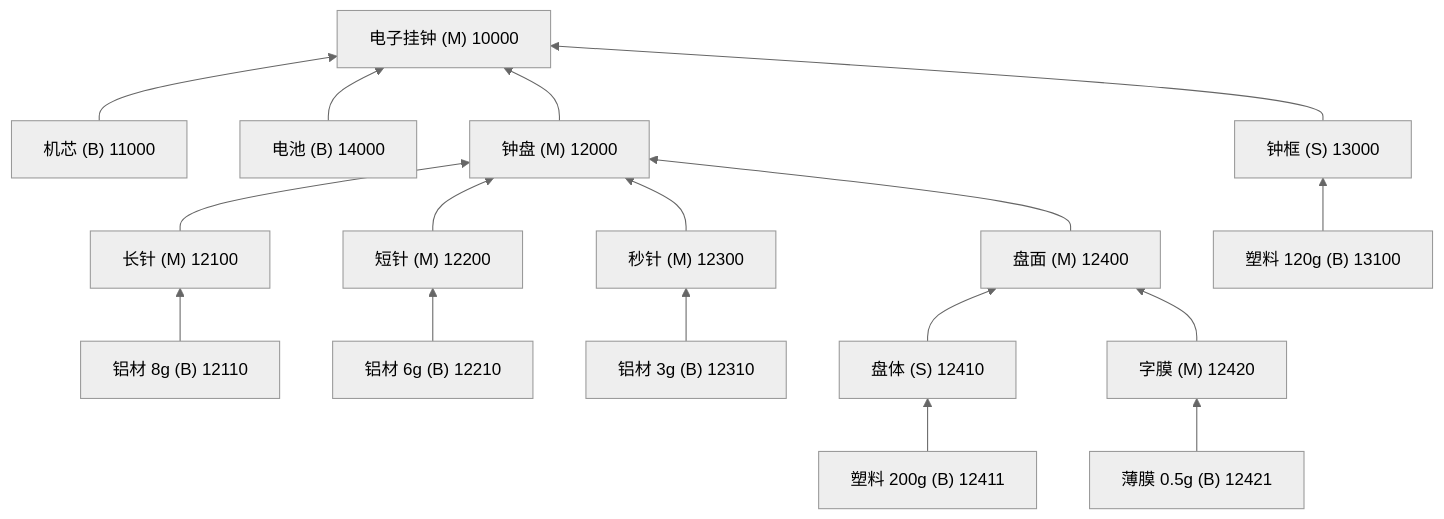
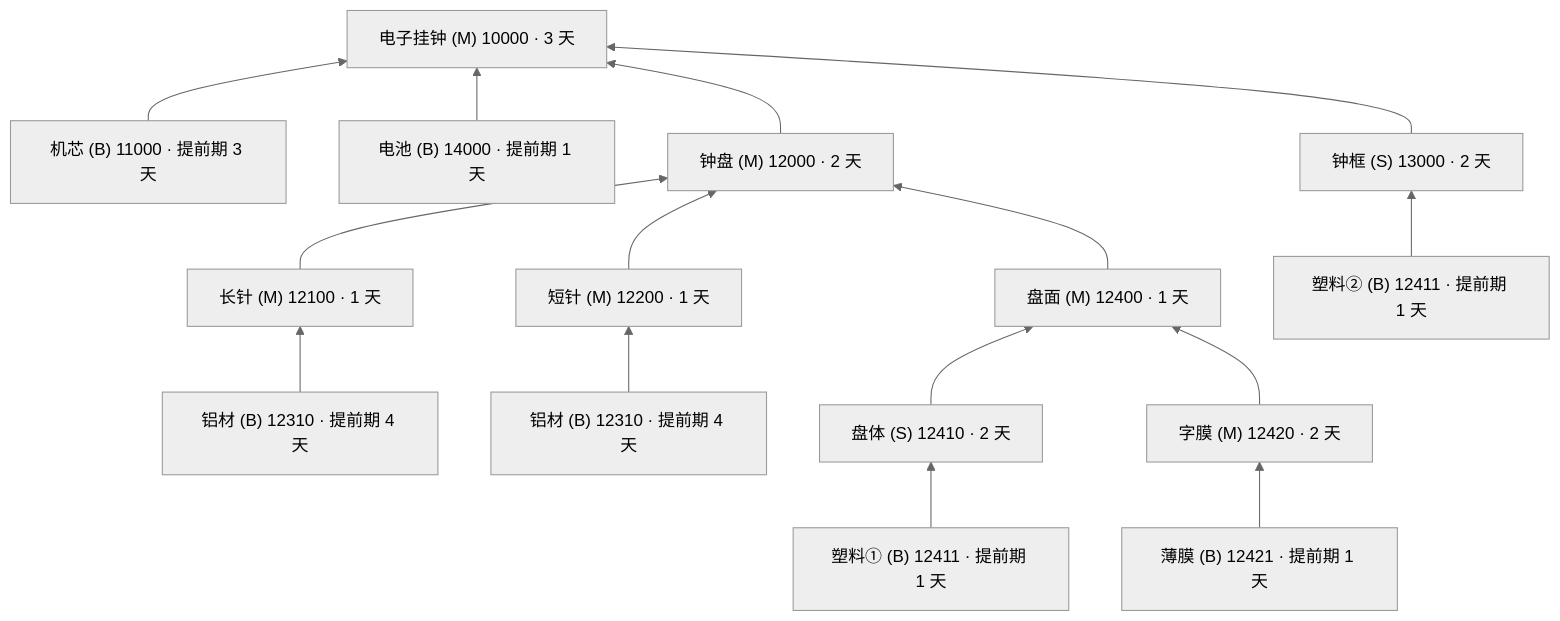
One commit to llxsm/ERP-system-simulator changed the diagram in README.md. Above: the diagram before and after it, drawn with Mermaid (neutral theme). The commit also changed other lines of this file, not shown here.

````diff
--- a/README.md
+++ b/README.md
@@ -99,19 +100,17 @@
 ```mermaid
 graph BT
-    A12110["铝材 8g (B) 12110"] --> A12100["长针 (M) 12100"]
-    A12210["铝材 6g (B) 12210"] --> A12200["短针 (M) 12200"]
-    A12310["铝材 3g (B) 12310"] --> A12300["秒针 (M) 12300"]
-    A12411["塑料 200g (B) 12411"] --> A12410["盘体 (S) 12410"]
-    A12421["薄膜 0.5g (B) 12421"] --> A12420["字膜 (M) 12420"]
-    A12410 --> A12400["盘面 (M) 12400"]
+    A12310["铝材 (B) 12310 · 提前期 4 天"] --> A12100["长针 (M) 12100 · 1 天"]
+    A12310b["铝材 (B) 12310 · 提前期 4 天"] --> A12200["短针 (M) 12200 · 1 天"]
+    A12100 --> A12000["钟盘 (M) 12000 · 2 天"]
+    A12200 --> A12000
+    A12400["盘面 (M) 12400 · 1 天"] --> A12000
+    A12411["塑料① (B) 12411 · 提前期 1 天"] --> A12410["盘体 (S) 12410 · 2 天"]
+    A12421["薄膜 (B) 12421 · 提前期 1 天"] --> A12420["字膜 (M) 12420 · 2 天"]
+    A12410 --> A12400
     A12420 --> A12400
-    A12100 --> A12000["钟盘 (M) 12000"]
-    A12200 --> A12000
-    A12300 --> A12000
-    A12400 --> A12000
-    A13100["塑料 120g (B) 13100"] --> A13000["钟框 (S) 13000"]
-    A11000["机芯 (B) 11000"] --> A10000["电子挂钟 (M) 10000"]
-    A14000["电池 (B) 14000"] --> A10000
+    A12411b["塑料② (B) 12411 · 提前期 1 天"] --> A13000["钟框 (S) 13000 · 2 天"]
+    A11000["机芯 (B) 11000 · 提前期 3 天"] --> A10000["电子挂钟 (M) 10000 · 3 天"]
+    A14000["电池 (B) 14000 · 提前期 1 天"] --> A10000
     A12000 --> A10000
     A13000 --> A10000
 ```
````
